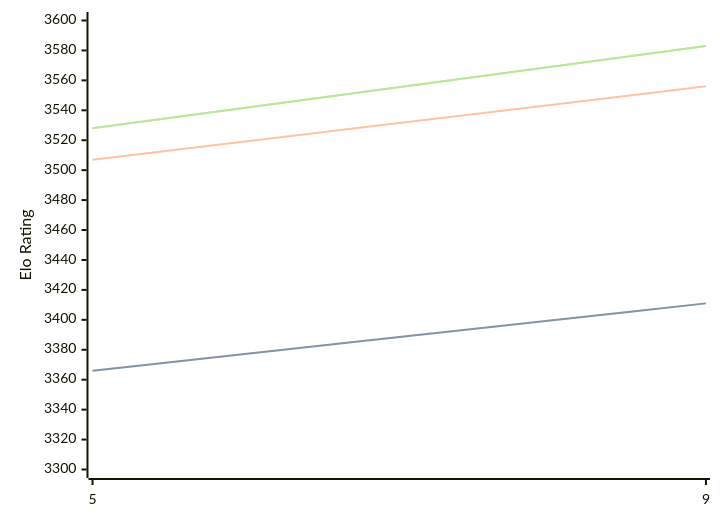
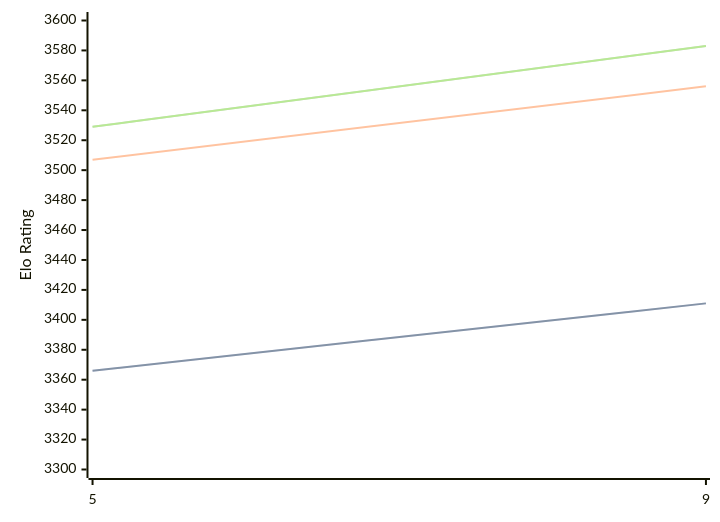
One commit to computer-chess-index/cci changed the diagram in engines/Crystal.md. Above: the diagram before and after it, drawn with Mermaid. The commit also changed other lines of this file, not shown here.

Commit message:
Update CCI Ratings (ELO VLTC) - 2026-07-22

````diff
--- a/engines/Crystal.md
+++ b/engines/Crystal.md
@@ -60,11 +60,11 @@
 ```mermaid
 %%{init: {"theme":"base","themeVariables":{"seriesColors:['#a3a3a3','#222221','#faa371']}}}%%
 xychart-beta
   x-axis ["5", "9"]
   y-axis "Elo Rating" 3300 --> 3600
   line "STC (8.0+0.08s)" [3366, 3411]
   line "STC (8.0+0.08s)" [3366, 3411]
   line "LTC (60.0+0.60s)" [3507, 3556]
-  line "VLTC (2m24s+1.12s)" [3528, 3583]
-  line "VLTC (2m24s+1.12s)" [3528, 3583]
+  line "VLTC (2m24s+1.12s)" [3529, 3583]
+  line "VLTC (2m24s+1.12s)" [3529, 3583]
 ```
````
